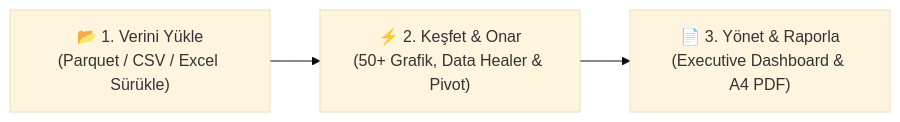
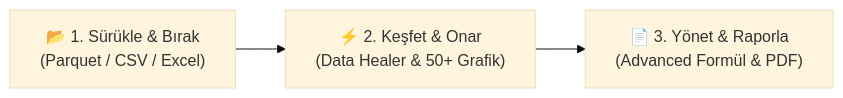
The diagram in README.md (UmutcaNN00/dataviz), drawn with Mermaid (base theme) before and after one commit. The commit also changed other lines of this file and 9 other files, not shown here.

````diff
--- a/README.md
+++ b/README.md
@@ -72,5 +44,5 @@
 ```mermaid
 flowchart LR
-    A["📂 1. Verini Yükle\n(Parquet / CSV / Excel Sürükle)"] --> B["⚡ 2. Keşfet & Onar\n(50+ Grafik, Data Healer & Pivot)"]
-    B --> C["📄 3. Yönet & Raporla\n(Executive Dashboard & A4 PDF)"]
+    A["📂 1. Sürükle & Bırak\n(Parquet / CSV / Excel)"] --> B["⚡ 2. Keşfet & Onar\n(Data Healer & 50+ Grafik)"]
+    B --> C["📄 3. Yönet & Raporla\n(Advanced Formül & PDF)"]
 ```
````
